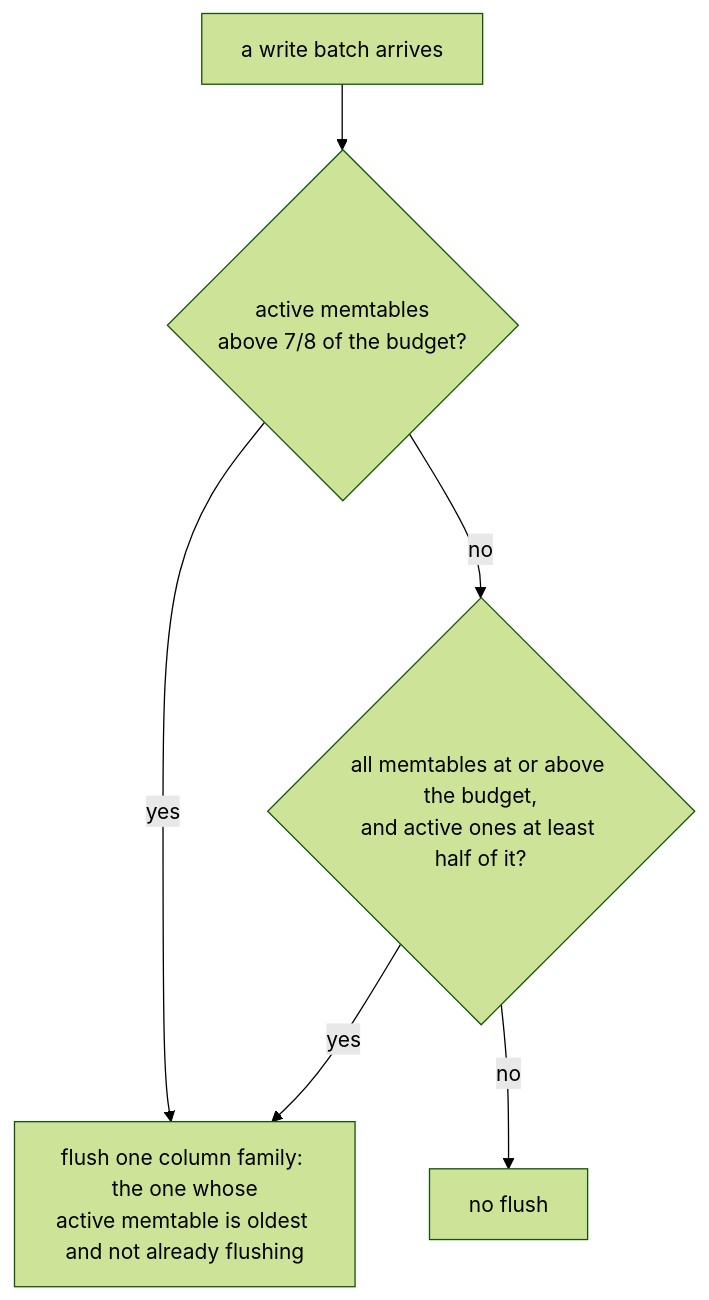
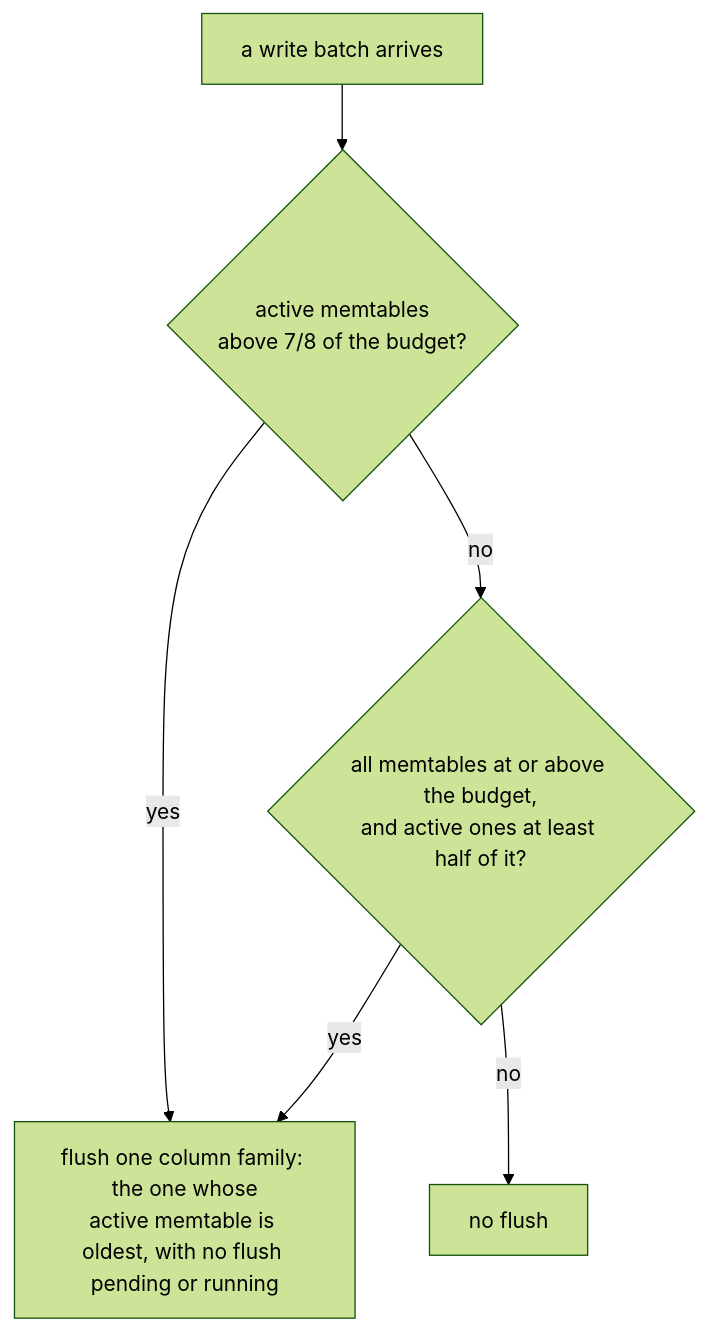
Before and after one commit to ming1/ming1.github.io: diagram 15 of 20 in _posts/2026-10-21-ceph-memory-management.md, drawn with Mermaid (forest theme). The commit also changed other lines of this file, not shown here.

First line of the commit message:
ceph memory management: §16, every allocation of one I/O end to end

````diff
--- a/_posts/2026-10-21-ceph-memory-management.md
+++ b/_posts/2026-10-21-ceph-memory-management.md
@@ -1911,8 +1937,8 @@
 ```mermaid
 flowchart TD
     A["a write batch arrives"] --> B{"active memtables<br/>above 7/8 of the budget?"}
-    B -->|yes| F["flush one column family: the one whose<br/>active memtable is oldest and not already flushing"]
+    B -->|yes| F["flush one column family: the one whose<br/>active memtable is oldest, with no flush pending or running"]
     B -->|no| C{"all memtables at or above the budget,<br/>and active ones at least half of it?"}
     C -->|yes| F
     C -->|no| N["no flush"]
 ```
````
